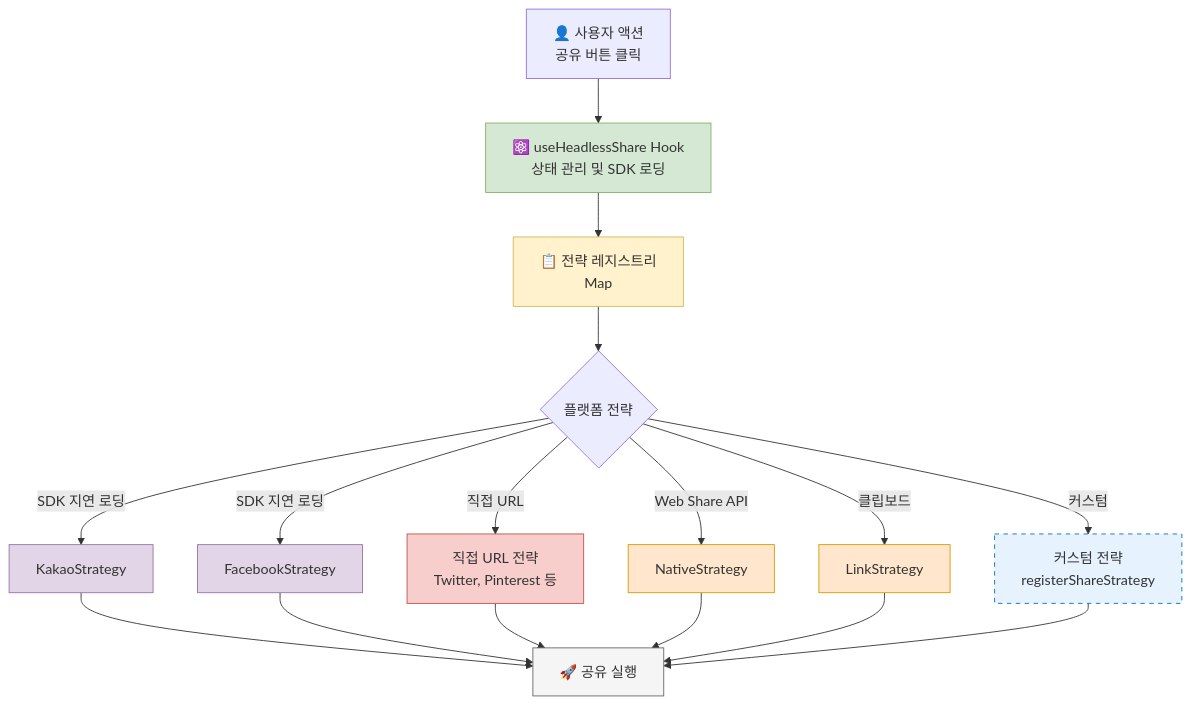
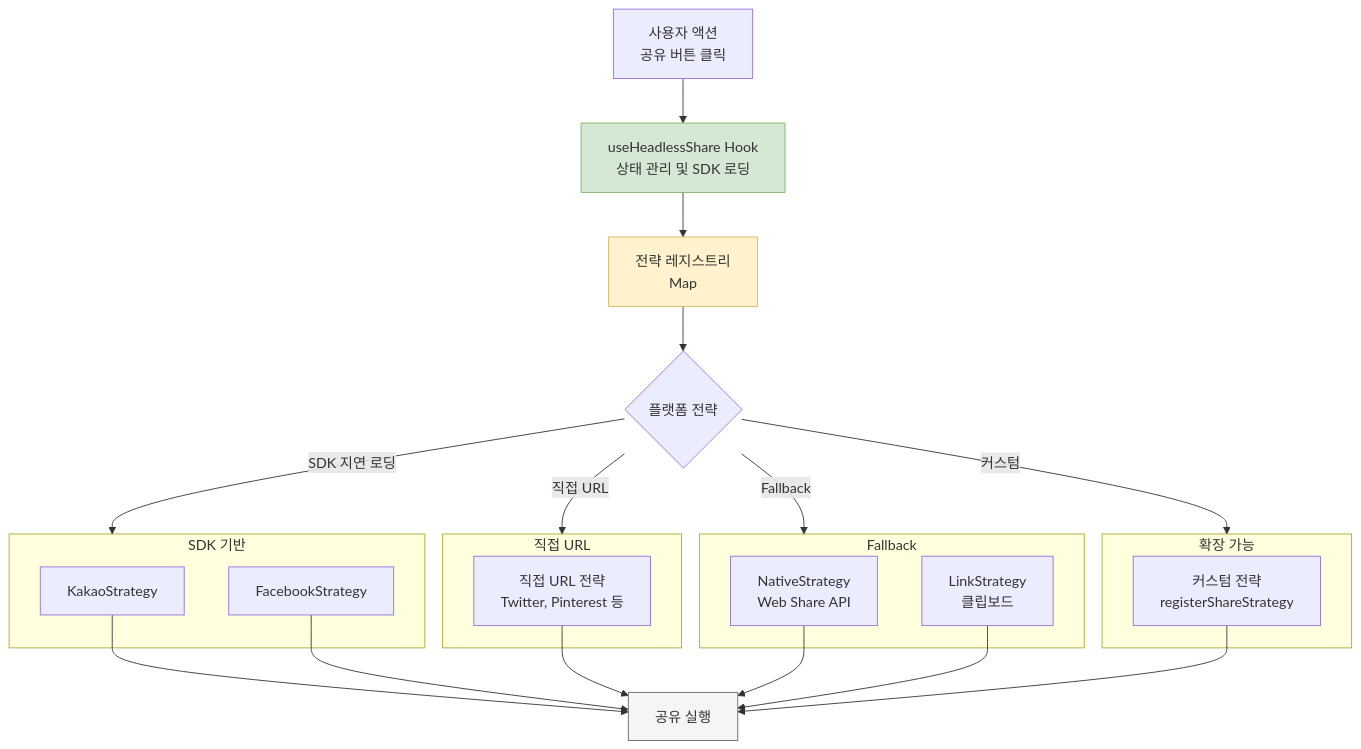
One commit to gracefullight/saju changed the diagram in packages/react-share/README.ko.md. Above: the diagram before and after it, drawn with Mermaid. The commit also changed 1 other file, not shown here.

Commit message:
docs(react-share): refactor mermaid diagram with subgraphs
- Group platform strategies into subgraphs (SDK-Based, Direct URL, Fallback, Extensible)
- Remove all emojis from diagram nodes
- Improve visual organization of architecture diagram

````diff
--- a/packages/react-share/README.ko.md
+++ b/packages/react-share/README.ko.md
@@ -15,30 +15,40 @@
 ```mermaid
 flowchart TD
-    User[👤 사용자 액션<br/>공유 버튼 클릭] --> Hook[⚛️ useHeadlessShare Hook<br/>상태 관리 및 SDK 로딩]
-    Hook --> Registry[📋 전략 레지스트리<br/>Map<platform, ShareStrategy>]
+    User[사용자 액션<br/>공유 버튼 클릭] --> Hook[useHeadlessShare Hook<br/>상태 관리 및 SDK 로딩]
+    Hook --> Registry[전략 레지스트리<br/>Map<platform, ShareStrategy>]
     Registry --> Strategy{플랫폼 전략}
     
-    Strategy -->|SDK 지연 로딩| Kakao[KakaoStrategy]
-    Strategy -->|SDK 지연 로딩| Facebook[FacebookStrategy]
-    Strategy -->|직접 URL| Direct[직접 URL 전략<br/>Twitter, Pinterest 등]
-    Strategy -->|Web Share API| Native[NativeStrategy]
-    Strategy -->|클립보드| Link[LinkStrategy]
-    Strategy -->|커스텀| Custom[커스텀 전략<br/>registerShareStrategy]
+    subgraph SDKStrategies [SDK 기반]
+        Kakao[KakaoStrategy]
+        Facebook[FacebookStrategy]
+    end
     
-    Kakao --> Exec[🚀 공유 실행]
+    subgraph URLStrategies [직접 URL]
+        Direct[직접 URL 전략<br/>Twitter, Pinterest 등]
+    end
+    
+    subgraph FallbackStrategies [Fallback]
+        Native[NativeStrategy<br/>Web Share API]
+        Link[LinkStrategy<br/>클립보드]
+    end
+    
+    subgraph Extensible [확장 가능]
+        Custom[커스텀 전략<br/>registerShareStrategy]
+    end
+    
+    Strategy -->|SDK 지연 로딩| SDKStrategies
+    Strategy -->|직접 URL| URLStrategies
+    Strategy -->|Fallback| FallbackStrategies
+    Strategy -->|커스텀| Extensible
+    
+    Kakao --> Exec[공유 실행]
     Facebook --> Exec
     Direct --> Exec
     Native --> Exec
     Link --> Exec
     Custom --> Exec
     
     style Hook fill:#d5e8d4,stroke:#82b366
     style Registry fill:#fff2cc,stroke:#d6b656
-    style Kakao fill:#e1d5e7,stroke:#9673a6
-    style Facebook fill:#e1d5e7,stroke:#9673a6
-    style Direct fill:#f8cecc,stroke:#b85450
-    style Native fill:#ffe6cc,stroke:#d79b00
-    style Link fill:#ffe6cc,stroke:#d79b00
-    style Custom fill:#e6f3ff,stroke:#0070c0,stroke-dasharray: 5 5
     style Exec fill:#f5f5f5,stroke:#666666
 ```
````
